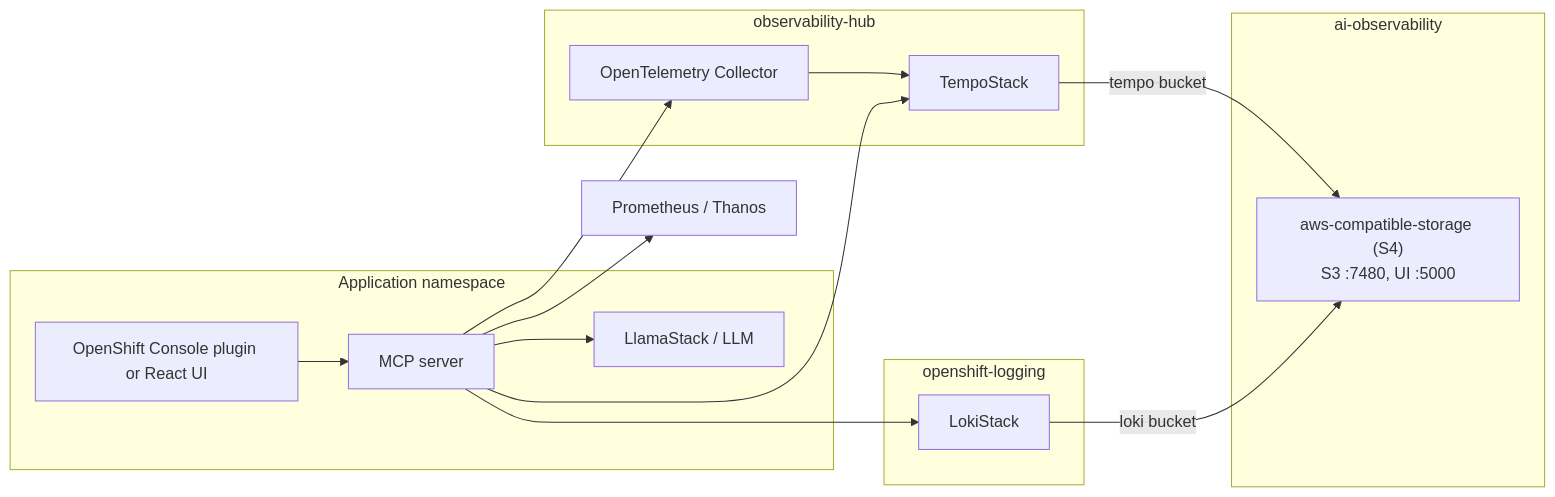
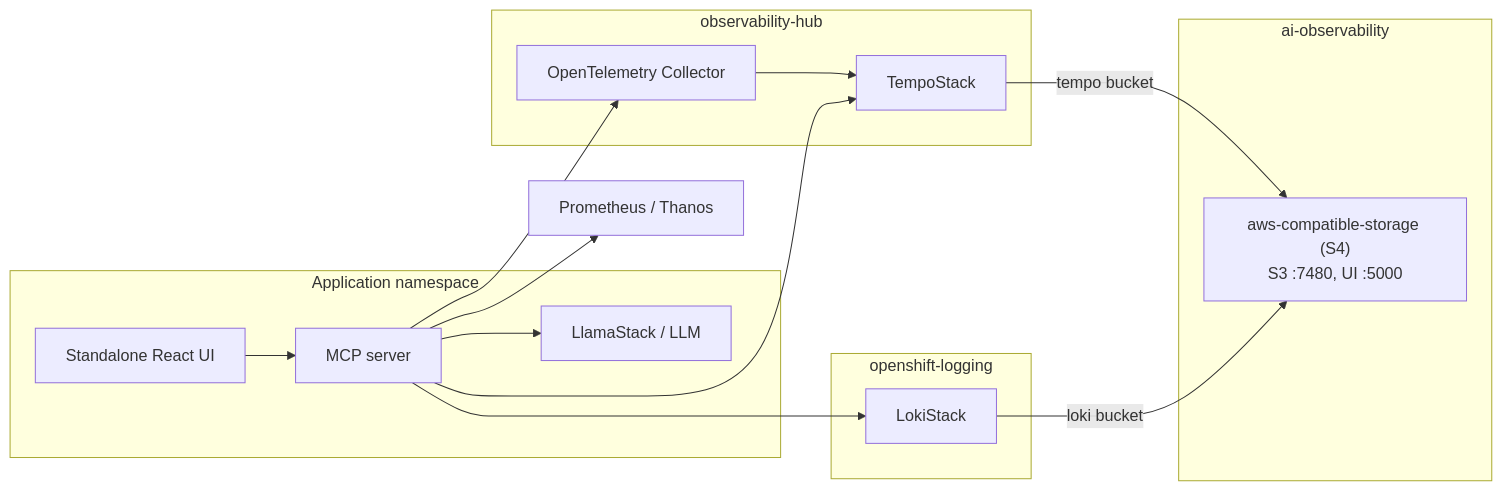
One commit to rh-ai-quickstart/ai-observability-summarizer changed the diagram in README.md. Above: the diagram before and after it, drawn with Mermaid. The commit also changed other lines of this file and 5 other files, not shown here.

````diff
--- a/README.md
+++ b/README.md
@@ -104,22 +104,22 @@
 ```mermaid
 flowchart LR
   subgraph app["Application namespace"]
-    UI["OpenShift Console plugin or React UI"] --> MCP["MCP server"]
+    UI["Standalone React UI"] --> MCP["MCP server"]
     MCP --> RAG["LlamaStack / LLM"]
   end
   subgraph hub["observability-hub"]
     OTEL["OpenTelemetry Collector"] --> Tempo["TempoStack"]
   end
   subgraph logging["openshift-logging"]
     Loki["LokiStack"]
   end
   subgraph storage["ai-observability"]
     S4["aws-compatible-storage (S4)<br/>S3 :7480, UI :5000"]
   end
   MCP --> Prometheus["Prometheus / Thanos"]
   MCP --> Tempo
   MCP --> Loki
   MCP --> OTEL
   Tempo -->|tempo bucket| S4
   Loki -->|loki bucket| S4
 ```
````
